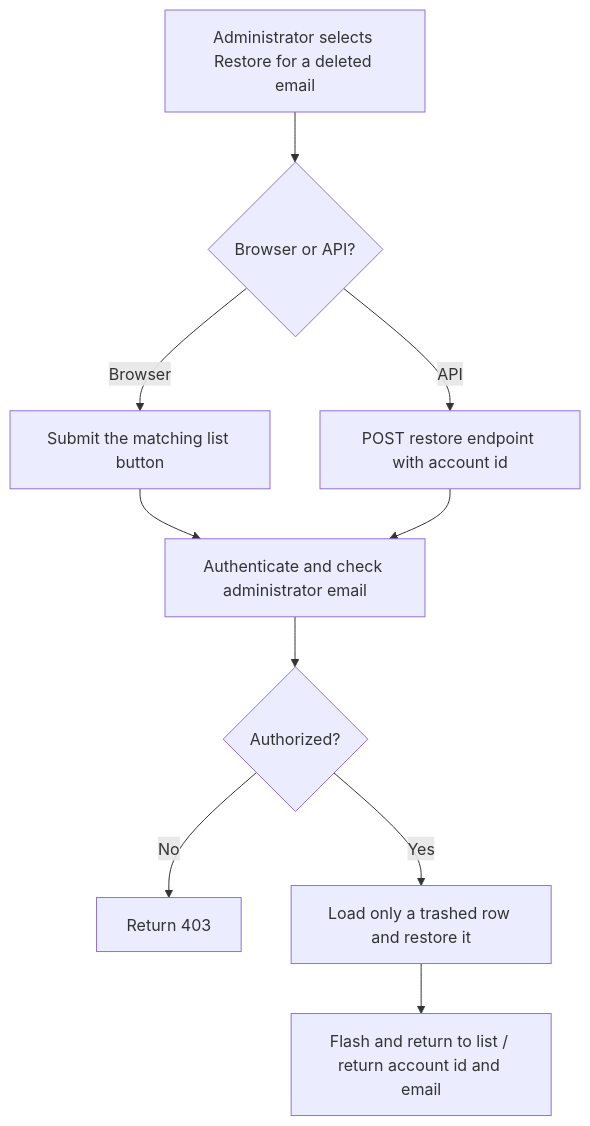
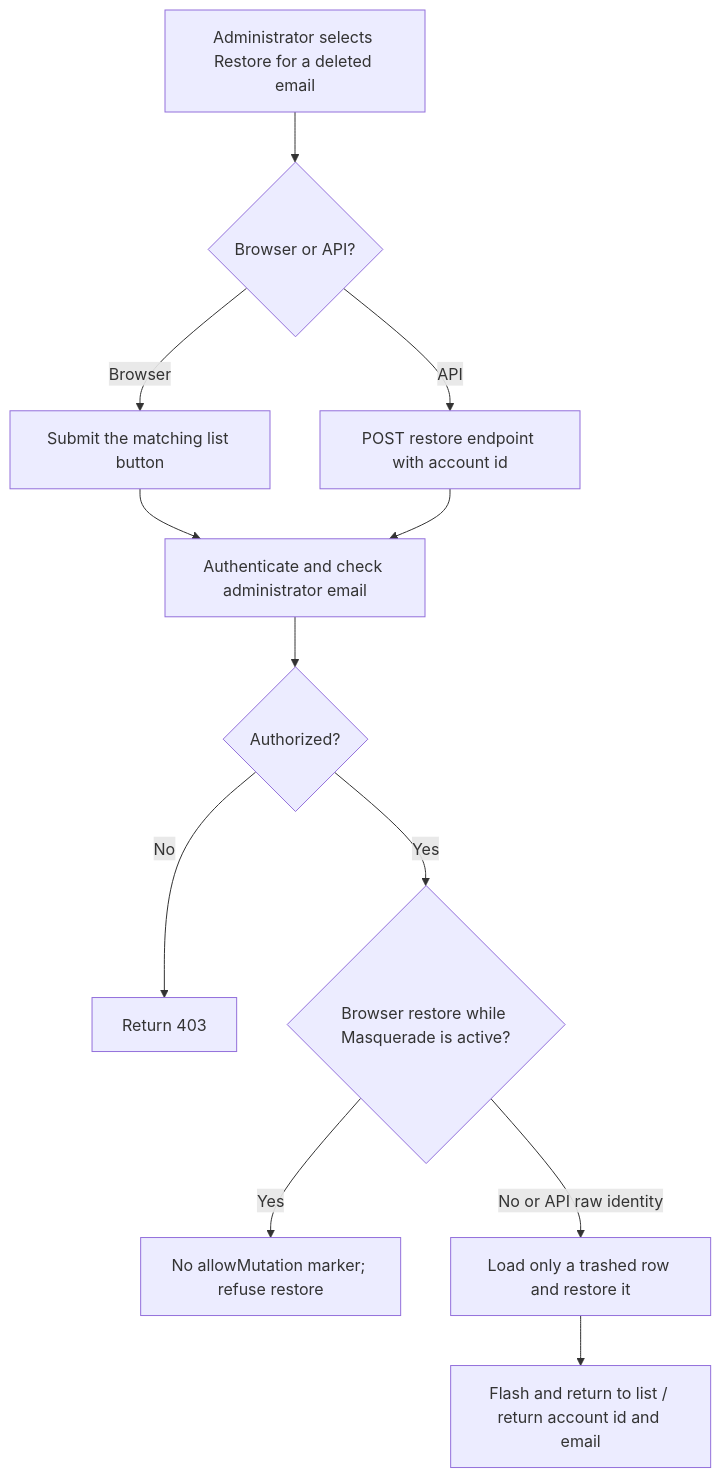
The first of 2 diagrams in user-stories/soft-delete/us-delete-03-restore-deleted-account.md (Kevinjohn/oss-adonisjs-starter-examples), drawn with Mermaid before and after one commit. The commit also changed other lines of this file and 5 other files, not shown here.

````diff
--- a/user-stories/soft-delete/us-delete-03-restore-deleted-account.md
+++ b/user-stories/soft-delete/us-delete-03-restore-deleted-account.md
@@ -21,12 +22,14 @@
 ```mermaid
 flowchart TD
     A["Administrator selects Restore for a deleted email"] --> B{"Browser or API?"}
     B -->|Browser| C["Submit the matching list button"]
     B -->|API| D["POST restore endpoint with account id"]
     C --> E["Authenticate and check administrator email"]
     D --> E
     E --> F{"Authorized?"}
     F -->|No| G["Return 403"]
-    F -->|Yes| H["Load only a trashed row and restore it"]
-    H --> I["Flash and return to list / return account id and email"]
+    F -->|Yes| H{"Browser restore while Masquerade is active?"}
+    H -->|Yes| I["No allowMutation marker; refuse restore"]
+    H -->|No or API raw identity| J["Load only a trashed row and restore it"]
+    J --> K["Flash and return to list / return account id and email"]
 ```
````
